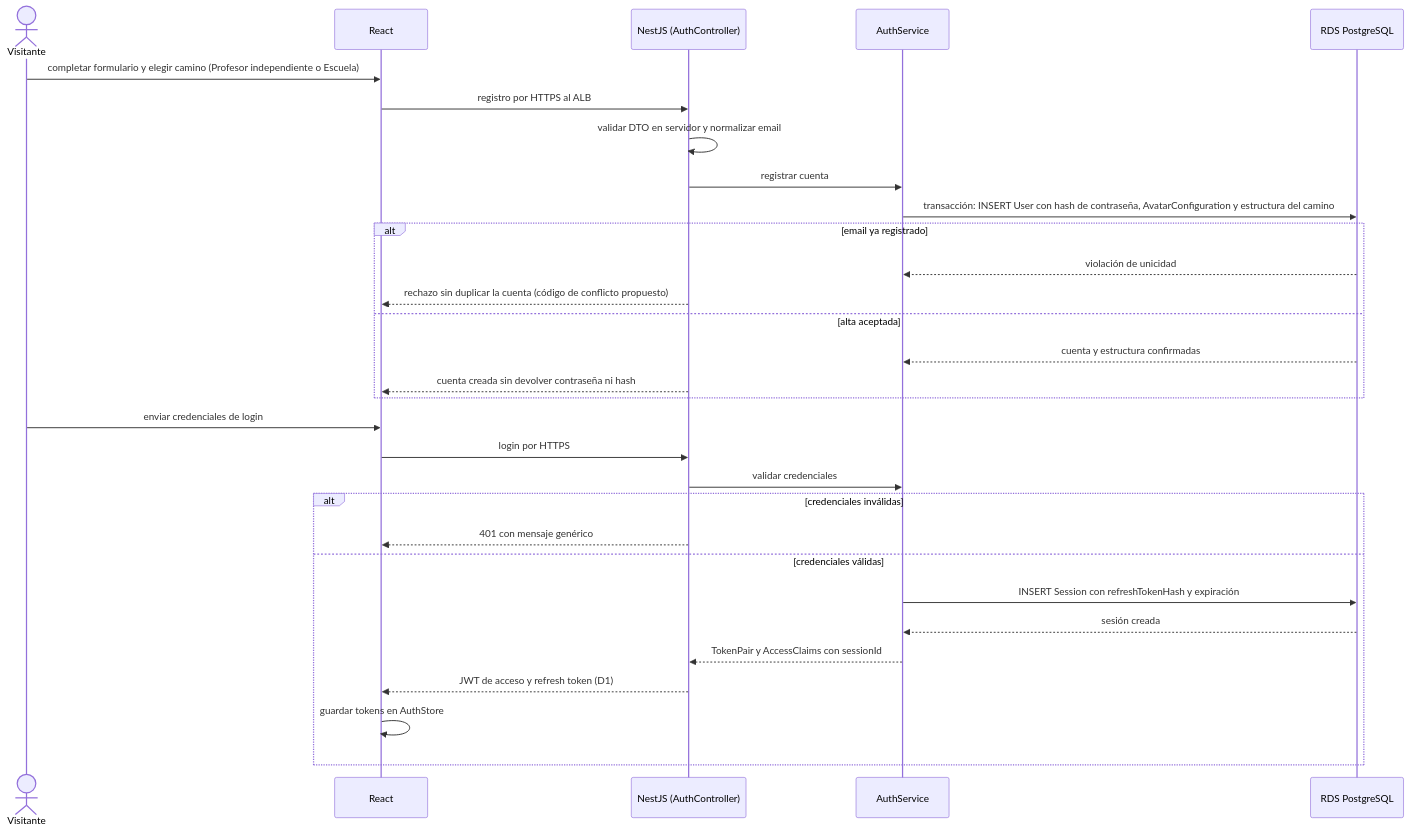
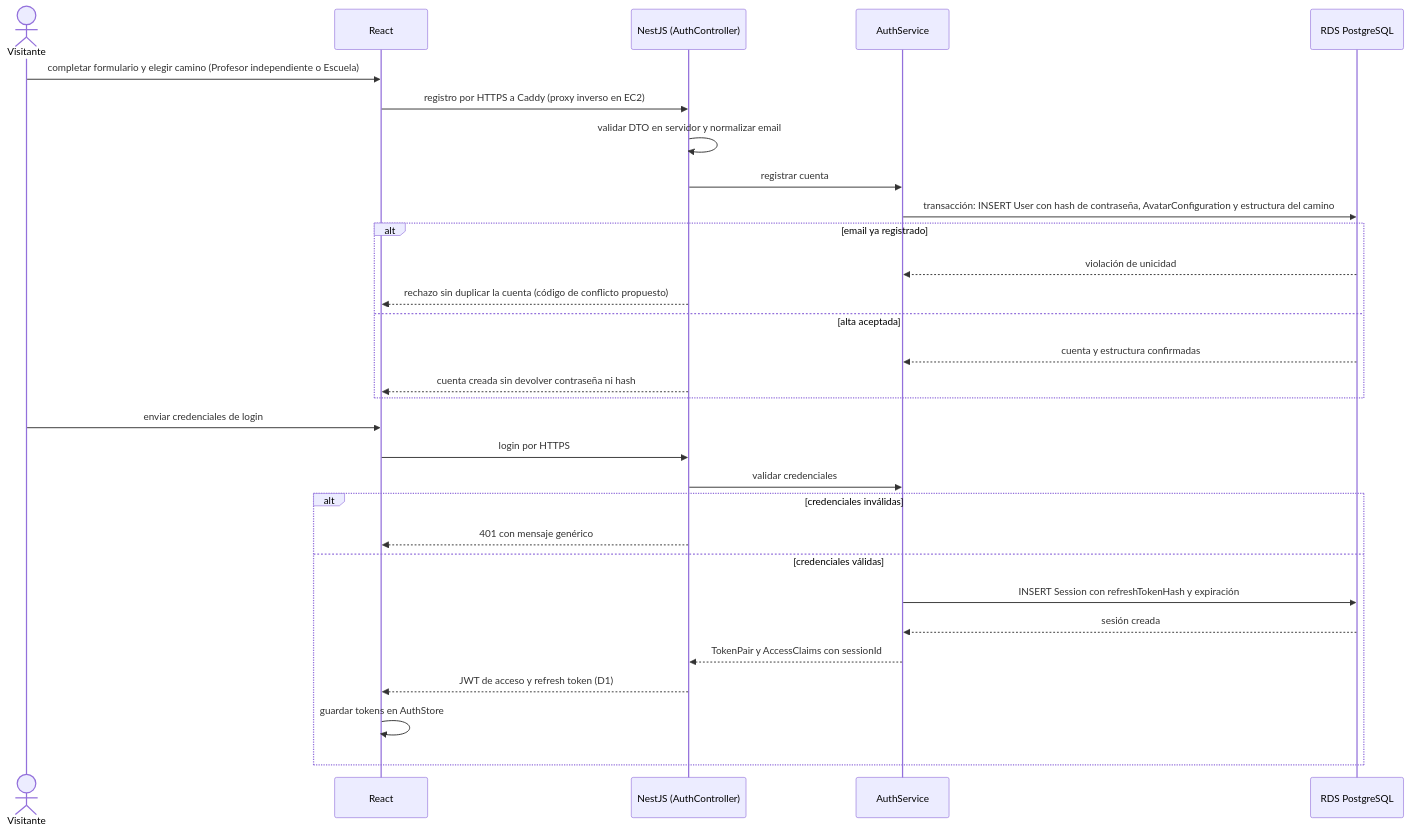
One commit to Agustin742/integratec-final-back changed the first of 7 diagrams in docs/diagrams/04-behavioral/core-flows.md. Above: the diagram before and after it, drawn with Mermaid. The commit also changed 14 other files, not shown here.

````diff
--- a/docs/diagrams/04-behavioral/core-flows.md
+++ b/docs/diagrams/04-behavioral/core-flows.md
@@ -32,33 +32,33 @@
 ```mermaid
 sequenceDiagram
     actor user as Visitante
     participant web as React
     participant api as NestJS (AuthController)
     participant svc as AuthService
     participant db as RDS PostgreSQL
 
     user->>web: completar formulario y elegir camino (Profesor independiente o Escuela)
-    web->>api: registro por HTTPS al ALB
+    web->>api: registro por HTTPS a Caddy (proxy inverso en EC2)
     api->>api: validar DTO en servidor y normalizar email
     api->>svc: registrar cuenta
     svc->>db: transacción: INSERT User con hash de contraseña, AvatarConfiguration y estructura del camino
     alt email ya registrado
         db-->>svc: violación de unicidad
         api-->>web: rechazo sin duplicar la cuenta (código de conflicto propuesto)
     else alta aceptada
         db-->>svc: cuenta y estructura confirmadas
         api-->>web: cuenta creada sin devolver contraseña ni hash
     end
     user->>web: enviar credenciales de login
     web->>api: login por HTTPS
     api->>svc: validar credenciales
     alt credenciales inválidas
         api-->>web: 401 con mensaje genérico
     else credenciales válidas
         svc->>db: INSERT Session con refreshTokenHash y expiración
         db-->>svc: sesión creada
         svc-->>api: TokenPair y AccessClaims con sessionId
         api-->>web: JWT de acceso y refresh token (D1)
         web->>web: guardar tokens en AuthStore
     end
 ```
````
